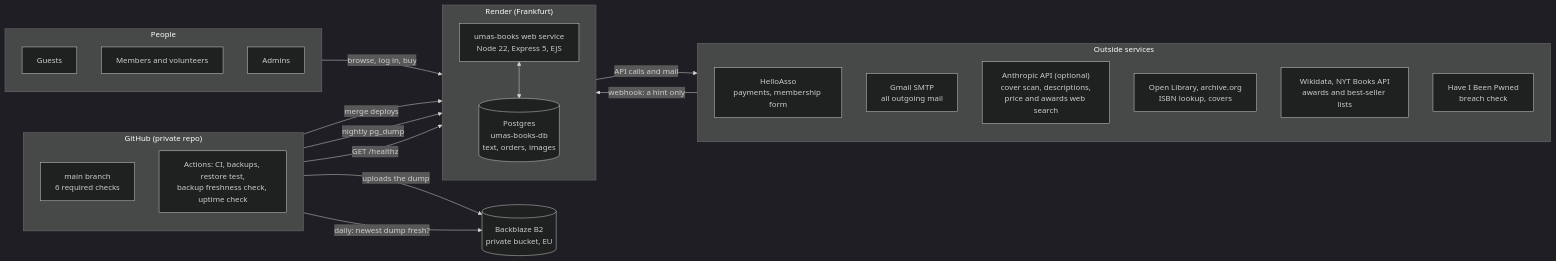
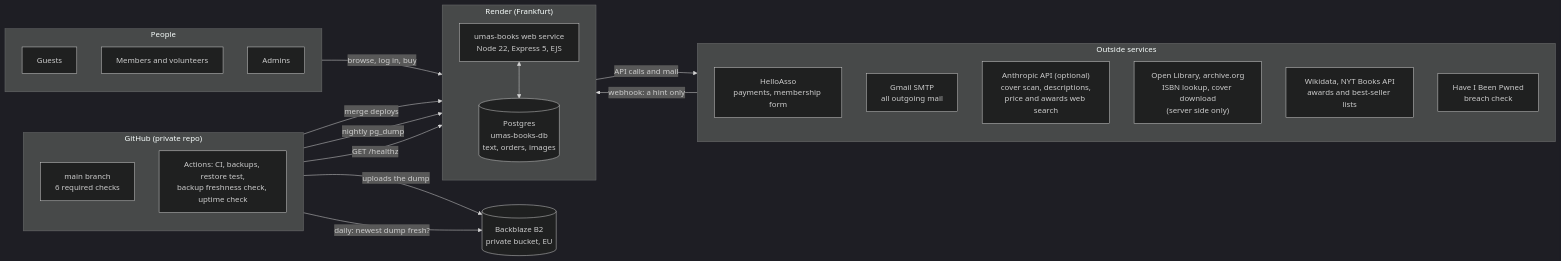
The first of 15 diagrams in docs/architecture.md (umasbooksadmin/umasbookswebsite), drawn with Mermaid (dark theme) before and after one commit. The commit also changed other lines of this file and 53 other files, not shown here.

First line of the commit message:
Server-side forms with retention, privacy policy completeness, covers on our own server (#210)

````diff
--- a/docs/architecture.md
+++ b/docs/architecture.md
@@ -39,43 +39,43 @@
 ```mermaid
 flowchart LR
   subgraph People
     direction TB
     V[Guests]
     M[Members and volunteers]
     A[Admins]
   end
 
   subgraph Render["Render (Frankfurt)"]
     direction TB
     W["umas-books web service<br/>Node 22, Express 5, EJS"]
     DB[("Postgres<br/>umas-books-db<br/>text, orders, images")]
     W <--> DB
   end
 
   subgraph External["Outside services"]
     direction TB
     HA["HelloAsso<br/>payments, membership form"]
     GM["Gmail SMTP<br/>all outgoing mail"]
     AN["Anthropic API (optional)<br/>cover scan, descriptions,<br/>price and awards web search"]
-    OL["Open Library, archive.org<br/>ISBN lookup, covers"]
+    OL["Open Library, archive.org<br/>ISBN lookup, cover download<br/>(server side only)"]
     WD["Wikidata, NYT Books API<br/>awards and best-seller lists"]
     PW["Have I Been Pwned<br/>breach check"]
   end
 
   subgraph GitHub["GitHub (private repo)"]
     direction TB
     REPO["main branch<br/>6 required checks"]
     ACT["Actions: CI, backups, restore test,<br/>backup freshness check, uptime check"]
   end
 
   OFF[("Backblaze B2<br/>private bucket, EU")]
 
   People -->|"browse, log in, buy"| W
   W -->|"API calls and mail"| External
   HA -->|"webhook: a hint only"| W
   REPO -->|"merge deploys"| W
   ACT -->|"nightly pg_dump"| DB
   ACT -->|"GET /healthz"| W
   ACT -->|"uploads the dump"| OFF
   ACT -->|"daily: newest dump fresh?"| OFF
 ```
````
